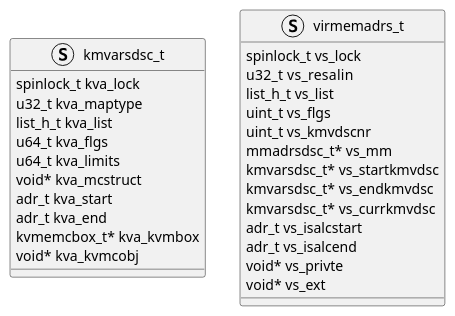
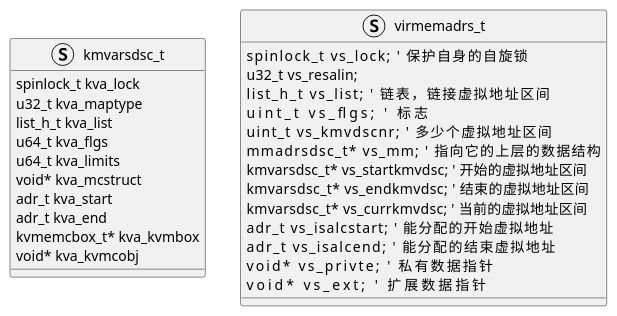
One commit to mowang111/personal_knowledge_repository changed the diagram in 0.学习笔记/a04.操作系统/操作系统实战/2.内存/5.虚拟内存.md. Above: the diagram before and after it, drawn with PlantUML.

Commit message:
vault backup: 2023-12-05 09:52:22

````diff
--- a/0.学习笔记/a04.操作系统/操作系统实战/2.内存/5.虚拟内存.md
+++ b/0.学习笔记/a04.操作系统/操作系统实战/2.内存/5.虚拟内存.md
@@ -7,29 +7,29 @@
 ```plantuml
 struct kmvarsdsc_t {
     spinlock_t kva_lock
     u32_t kva_maptype
     list_h_t kva_list
     u64_t kva_flgs
     u64_t kva_limits
     void* kva_mcstruct
     adr_t kva_start
     adr_t kva_end
     kvmemcbox_t* kva_kvmbox
     void* kva_kvmcobj
 }
 struct virmemadrs_t {
-    spinlock_t vs_lock
-    u32_t  vs_resalin
-    list_h_t vs_list
-    uint_t vs_flgs
-    uint_t vs_kmvdscnr
-    mmadrsdsc_t* vs_mm
-    kmvarsdsc_t* vs_startkmvdsc
-    kmvarsdsc_t* vs_endkmvdsc
-    kmvarsdsc_t* vs_currkmvdsc
-    adr_t vs_isalcstart
-    adr_t vs_isalcend
-    void* vs_privte
-    void* vs_ext
+    spinlock_t vs_lock;            ' 保护自身的自旋锁
+    u32_t  vs_resalin;
+    list_h_t vs_list;              ' 链表，链接虚拟地址区间
+    uint_t vs_flgs;                ' 标志
+    uint_t vs_kmvdscnr;            ' 多少个虚拟地址区间
+    mmadrsdsc_t* vs_mm;            ' 指向它的上层的数据结构
+    kmvarsdsc_t* vs_startkmvdsc;   ' 开始的虚拟地址区间
+    kmvarsdsc_t* vs_endkmvdsc;     ' 结束的虚拟地址区间
+    kmvarsdsc_t* vs_currkmvdsc;    ' 当前的虚拟地址区间
+    adr_t vs_isalcstart;           ' 能分配的开始虚拟地址
+    adr_t vs_isalcend;             ' 能分配的结束虚拟地址
+    void* vs_privte;               ' 私有数据指针
+    void* vs_ext;                  ' 扩展数据指针
 }
 ```
````
